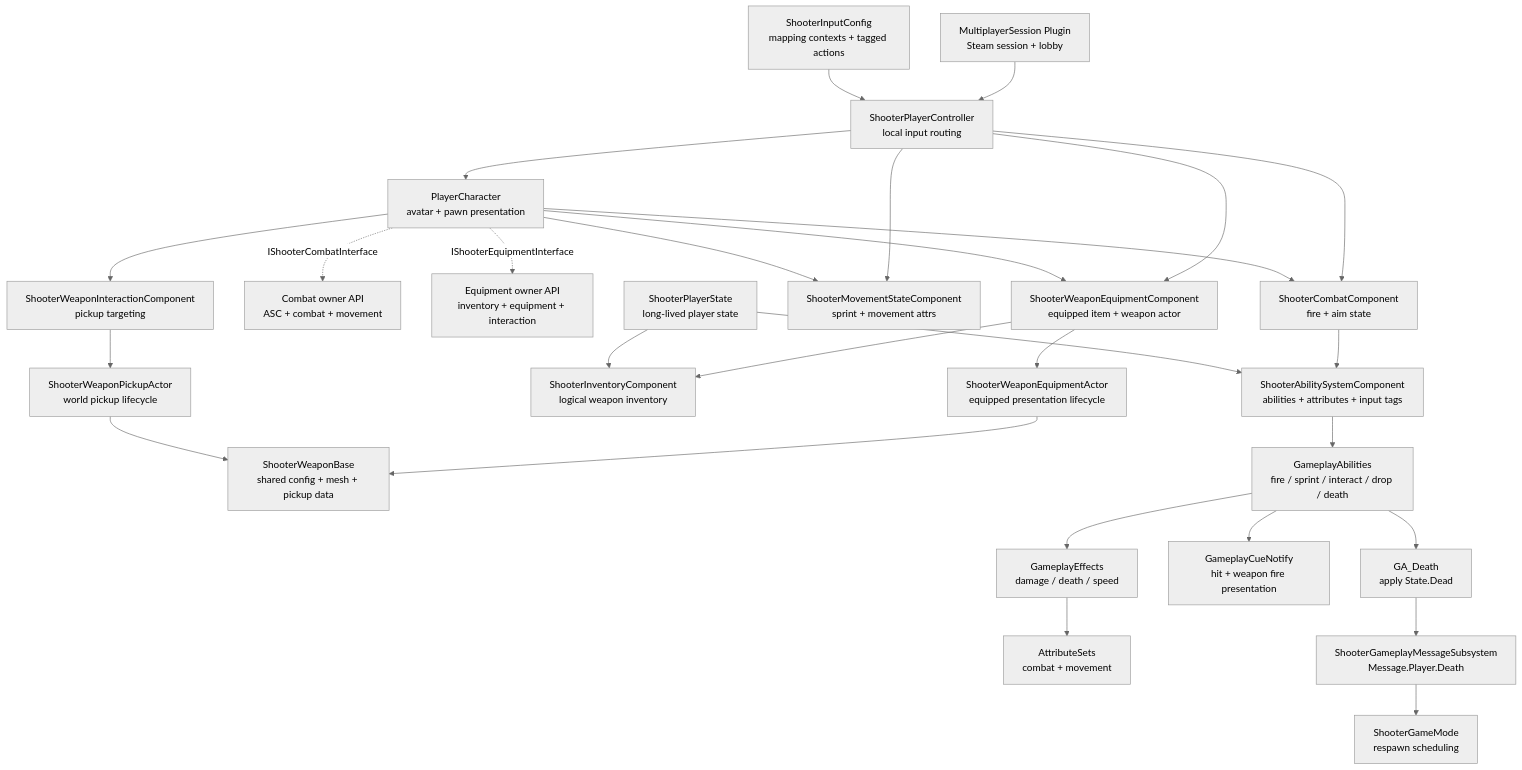
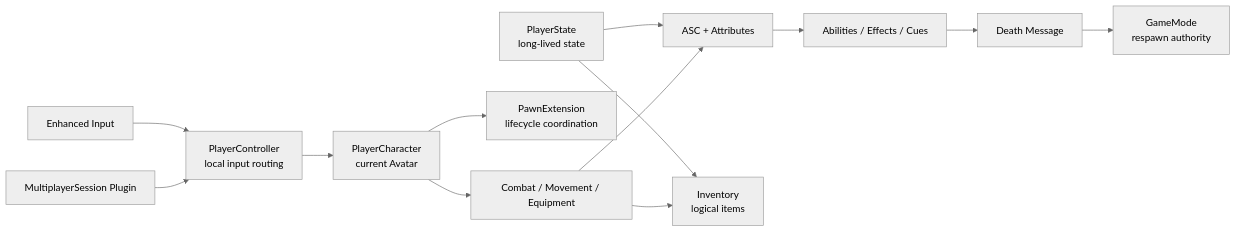
The diagram in README.md (Ethan-Lian/ShooterGame), drawn with Mermaid (neutral theme) before and after one commit. The commit also changed other lines of this file and 23 other files, not shown here.

First line of the commit message:
feat: grant fixed hitscan weapon across pawn respawns

````diff
--- a/README.md
+++ b/README.md
@@ -77,30 +30,15 @@
 ```mermaid
-flowchart TD
-    INPUT["ShooterInputConfig<br/>mapping contexts + tagged actions"] --> PC["ShooterPlayerController<br/>local input routing"]
-    PC --> CH["PlayerCharacter<br/>avatar + pawn presentation"]
-    PS["ShooterPlayerState<br/>long-lived player state"] --> ASC["ShooterAbilitySystemComponent<br/>abilities + attributes + input tags"]
-    PS --> INV["ShooterInventoryComponent<br/>logical weapon inventory"]
-    CH -. "IShooterCombatInterface" .-> COMBAT_IF["Combat owner API<br/>ASC + combat + movement"]
-    CH -. "IShooterEquipmentInterface" .-> EQUIP_IF["Equipment owner API<br/>inventory + equipment + interaction"]
-    CH --> COMBAT["ShooterCombatComponent<br/>fire + aim state"]
-    CH --> MOVE["ShooterMovementStateComponent<br/>sprint + movement attrs"]
-    CH --> EQUIP["ShooterWeaponEquipmentComponent<br/>equipped item + weapon actor"]
-    CH --> INTERACT["ShooterWeaponInteractionComponent<br/>pickup targeting"]
-    EQUIP --> INV
-    INTERACT --> PICKUP["ShooterWeaponPickupActor<br/>world pickup lifecycle"]
-    EQUIP --> EQUIPPED["ShooterWeaponEquipmentActor<br/>equipped presentation lifecycle"]
-    PICKUP --> WEAPONBASE["ShooterWeaponBase<br/>shared config + mesh + pickup data"]
-    EQUIPPED --> WEAPONBASE
-    COMBAT --> ASC
-    PC --> COMBAT
-    PC --> MOVE
-    PC --> EQUIP
-    ASC --> ABILITY["GameplayAbilities<br/>fire / sprint / interact / drop / death"]
-    ABILITY --> EFFECT["GameplayEffects<br/>damage / death / speed"]
-    EFFECT --> ATTR["AttributeSets<br/>combat + movement"]
-    ABILITY --> CUE["GameplayCueNotify<br/>hit + weapon fire presentation"]
-    ABILITY --> DEATH["GA_Death<br/>apply State.Dead"]
-    DEATH --> MSG["ShooterGameplayMessageSubsystem<br/>Message.Player.Death"]
-    MSG --> GM["ShooterGameMode<br/>respawn scheduling"]
-    SESSION["MultiplayerSession Plugin<br/>Steam session + lobby"] --> PC
+flowchart LR
+    INPUT["Enhanced Input"] --> PC["PlayerController<br/>local input routing"]
+    PS["PlayerState<br/>long-lived state"] --> ASC["ASC + Attributes"]
+    PS --> INV["Inventory<br/>logical items"]
+    PC --> PAWN["PlayerCharacter<br/>current Avatar"]
+    PAWN --> EXT["PawnExtension<br/>lifecycle coordination"]
+    PAWN --> COMP["Combat / Movement / Equipment"]
+    COMP --> ASC
+    COMP --> INV
+    ASC --> GAS["Abilities / Effects / Cues"]
+    GAS --> MSG["Death Message"]
+    MSG --> GM["GameMode<br/>respawn authority"]
+    SESSION["MultiplayerSession Plugin"] --> PC
 ```
````
